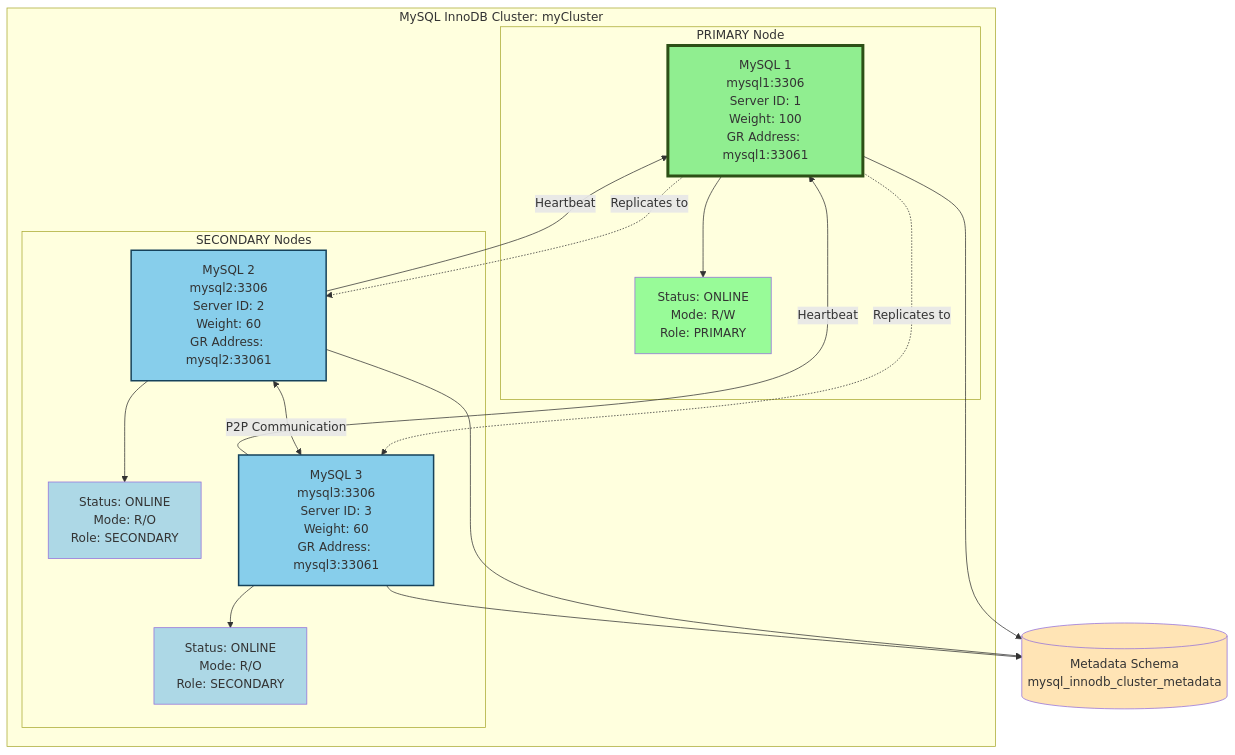
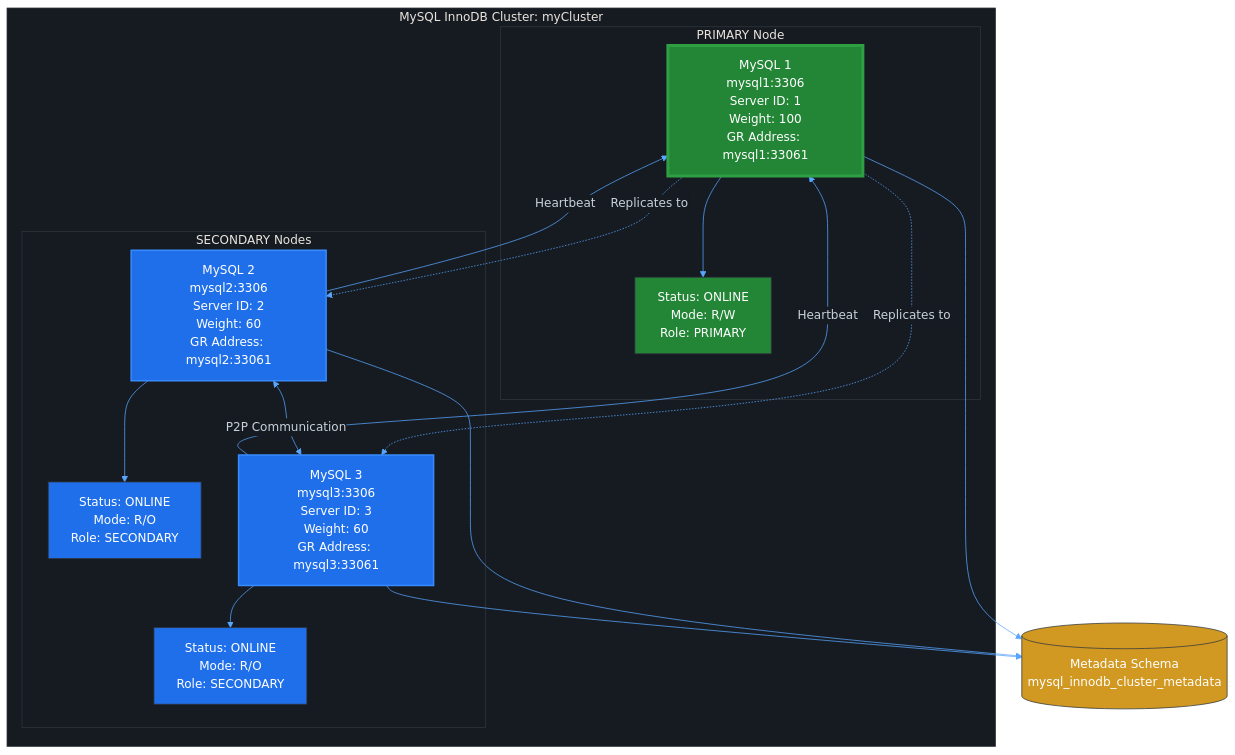
The fourth of 13 diagrams in docs/ARQUITECTURA.md (JoaquinLoaizaUCSM/sistema-gestion-sobretiempos-ha), drawn with Mermaid before and after one commit. The commit also changed other lines of this file and 2 other files, not shown here.

Commit message:
Docs: Update diagrams for dark mode and refresh README

````diff
--- a/docs/ARQUITECTURA.md
+++ b/docs/ARQUITECTURA.md
@@ -178,41 +181,42 @@
 ```mermaid
+%%{init: {'theme': 'base', 'themeVariables': { 'primaryColor': '#0d1117', 'primaryTextColor': '#c9d1d9', 'primaryBorderColor': '#30363d', 'lineColor': '#58a6ff', 'secondaryColor': '#161b22', 'tertiaryColor': '#161b22', 'mainBkg': '#0d1117', 'nodeBorder': '#30363d', 'clusterBkg': '#161b22', 'clusterBorder': '#30363d', 'defaultLinkColor': '#58a6ff', 'fontFamily': 'arial', 'fontSize': '16px'}}}%%
 graph TB
     subgraph "MySQL InnoDB Cluster: myCluster"
         subgraph "PRIMARY Node"
             M1[MySQL 1<br/>mysql1:3306<br/>Server ID: 1<br/>Weight: 100<br/>GR Address: mysql1:33061]
             M1STATUS[Status: ONLINE<br/>Mode: R/W<br/>Role: PRIMARY]
         end
         
         subgraph "SECONDARY Nodes"
             M2[MySQL 2<br/>mysql2:3306<br/>Server ID: 2<br/>Weight: 60<br/>GR Address: mysql2:33061]
             M2STATUS[Status: ONLINE<br/>Mode: R/O<br/>Role: SECONDARY]
             
             M3[MySQL 3<br/>mysql3:3306<br/>Server ID: 3<br/>Weight: 60<br/>GR Address: mysql3:33061]
             M3STATUS[Status: ONLINE<br/>Mode: R/O<br/>Role: SECONDARY]
         end
         
         M1 -.->|Replicates to| M2
         M1 -.->|Replicates to| M3
         M2 -->|Heartbeat| M1
         M3 -->|Heartbeat| M1
         M2 <-->|P2P Communication| M3
     end
     
     M1 --> M1STATUS
     M2 --> M2STATUS
     M3 --> M3STATUS
     
     METADATA[(Metadata Schema<br/>mysql_innodb_cluster_metadata)]
     
     M1 --> METADATA
     M2 --> METADATA
     M3 --> METADATA
     
-    style M1 fill:#90EE90,stroke:#2d5016,stroke-width:4px
-    style M2 fill:#87CEEB,stroke:#16425B,stroke-width:2px
-    style M3 fill:#87CEEB,stroke:#16425B,stroke-width:2px
-    style M1STATUS fill:#98FB98
-    style M2STATUS fill:#ADD8E6
-    style M3STATUS fill:#ADD8E6
-    style METADATA fill:#FFE4B5
+    style M1 fill:#238636,stroke:#2ea043,stroke-width:4px,color:#ffffff
+    style M2 fill:#1f6feb,stroke:#388bfd,stroke-width:2px,color:#ffffff
+    style M3 fill:#1f6feb,stroke:#388bfd,stroke-width:2px,color:#ffffff
+    style M1STATUS fill:#238636,color:#ffffff
+    style M2STATUS fill:#1f6feb,color:#ffffff
+    style M3STATUS fill:#1f6feb,color:#ffffff
+    style METADATA fill:#d29922,color:#ffffff
 ```
````
